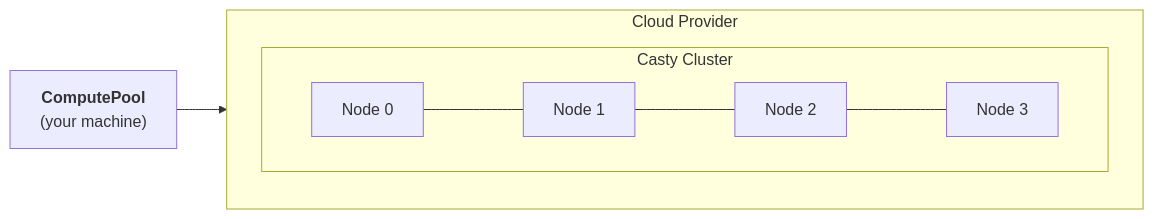
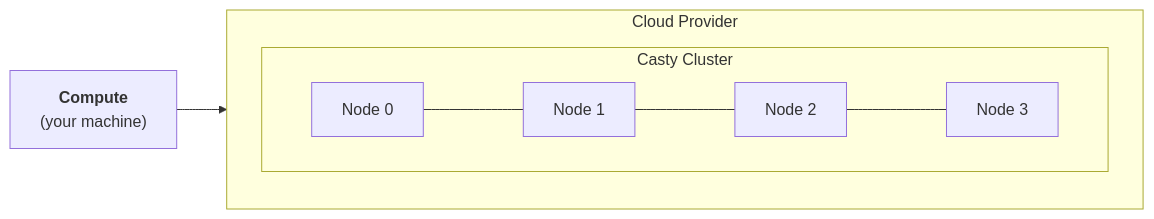
One commit to gabfssilva/skyward changed the diagram in docs/architecture.md. Above: the diagram before and after it, drawn with Mermaid. The commit also changed other lines of this file and 87 other files, not shown here.

First line of the commit message:
refactor(api): remove ComputePool from public API

````diff
--- a/docs/architecture.md
+++ b/docs/architecture.md
@@ -23,12 +23,12 @@
 ```mermaid
 graph LR
-    pool["<b>ComputePool</b><br/>(your machine)"]
+    pool["<b>Compute</b><br/>(your machine)"]
     pool --> provider
 
     subgraph provider ["Cloud Provider"]
         subgraph cluster ["Casty Cluster"]
             direction LR
             n0["Node 0"] --- n1["Node 1"] --- n2["Node 2"] --- n3["Node 3"]
         end
     end
 ```
````
